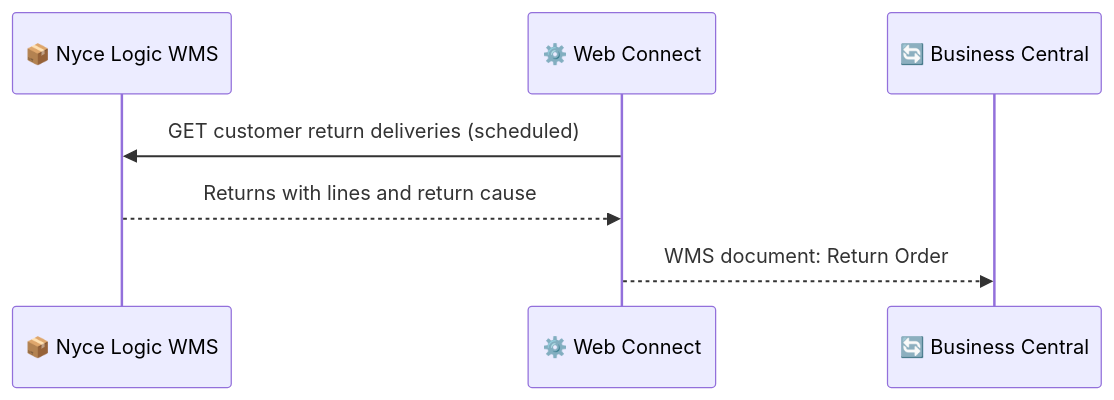
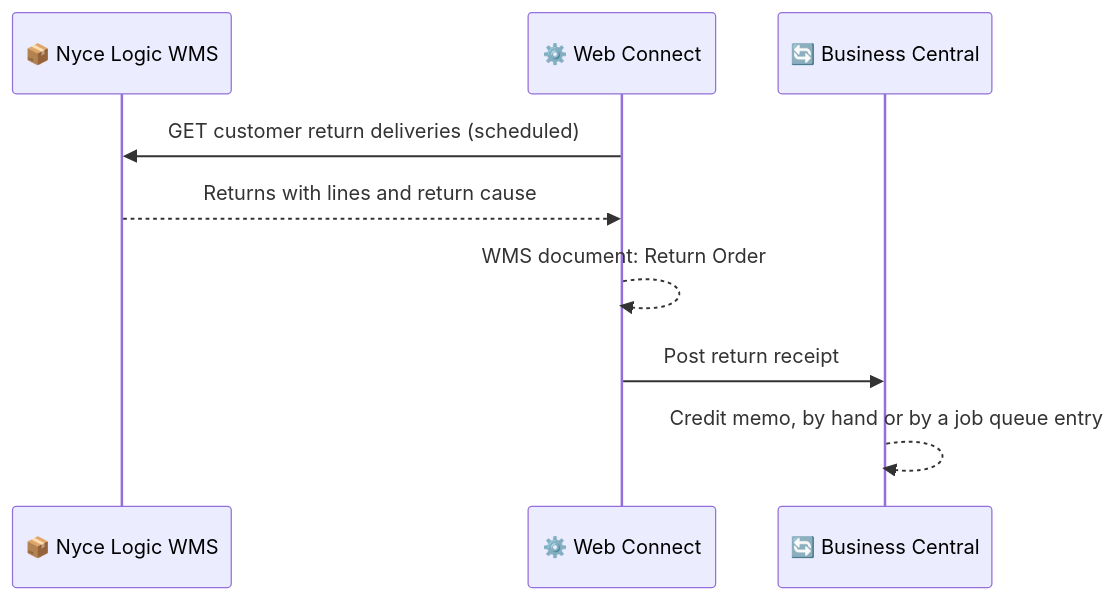
One commit to Combine-IT-ab/docs-general changed the diagram in docs/products/web-connect/integrations/nyce/flows/customer-return.md. Above: the diagram before and after it, drawn with Mermaid. The commit also changed other lines of this file and 2 other files, not shown here.

````diff
--- a/docs/products/web-connect/integrations/nyce/flows/customer-return.md
+++ b/docs/products/web-connect/integrations/nyce/flows/customer-return.md
@@ -39,10 +40,12 @@
 ```mermaid
 sequenceDiagram
     participant N as 📦 Nyce Logic WMS
     participant WC as ⚙️ Web Connect
     participant BC as 🔄 Business Central
 
     WC->>N: GET customer return deliveries (scheduled)
     N-->>WC: Returns with lines and return cause
-    WC-->>BC: WMS document: Return Order
+    WC-->>WC: WMS document: Return Order
+    WC->>BC: Post return receipt
+    BC-->>BC: Credit memo, by hand or by a job queue entry
 ```
````
